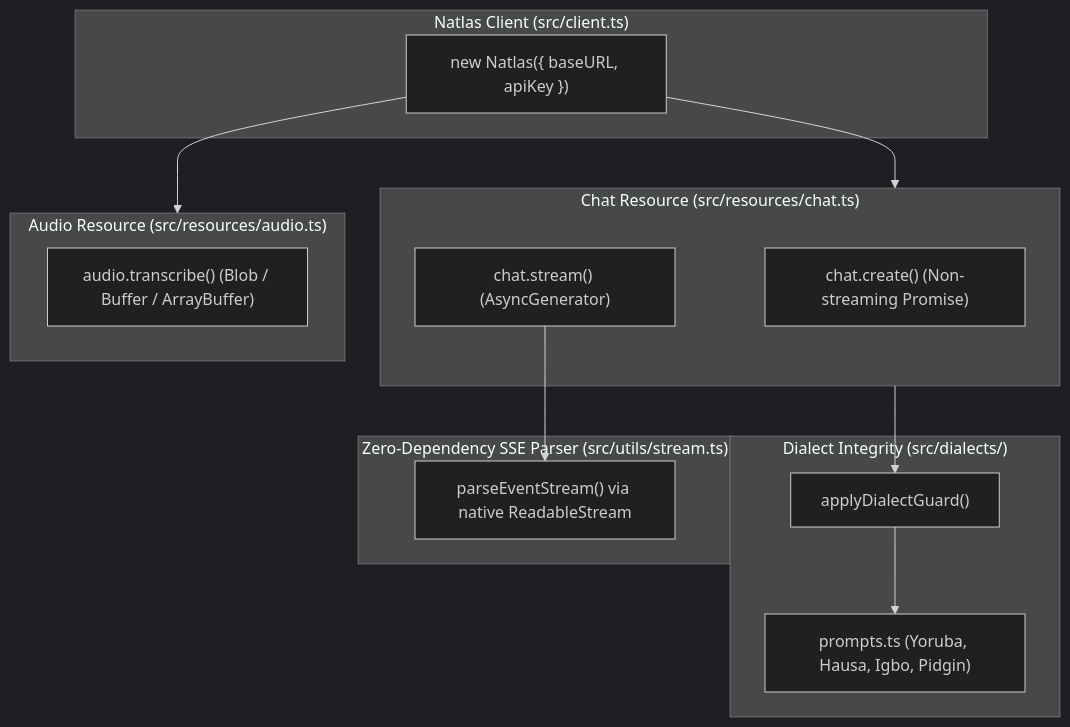
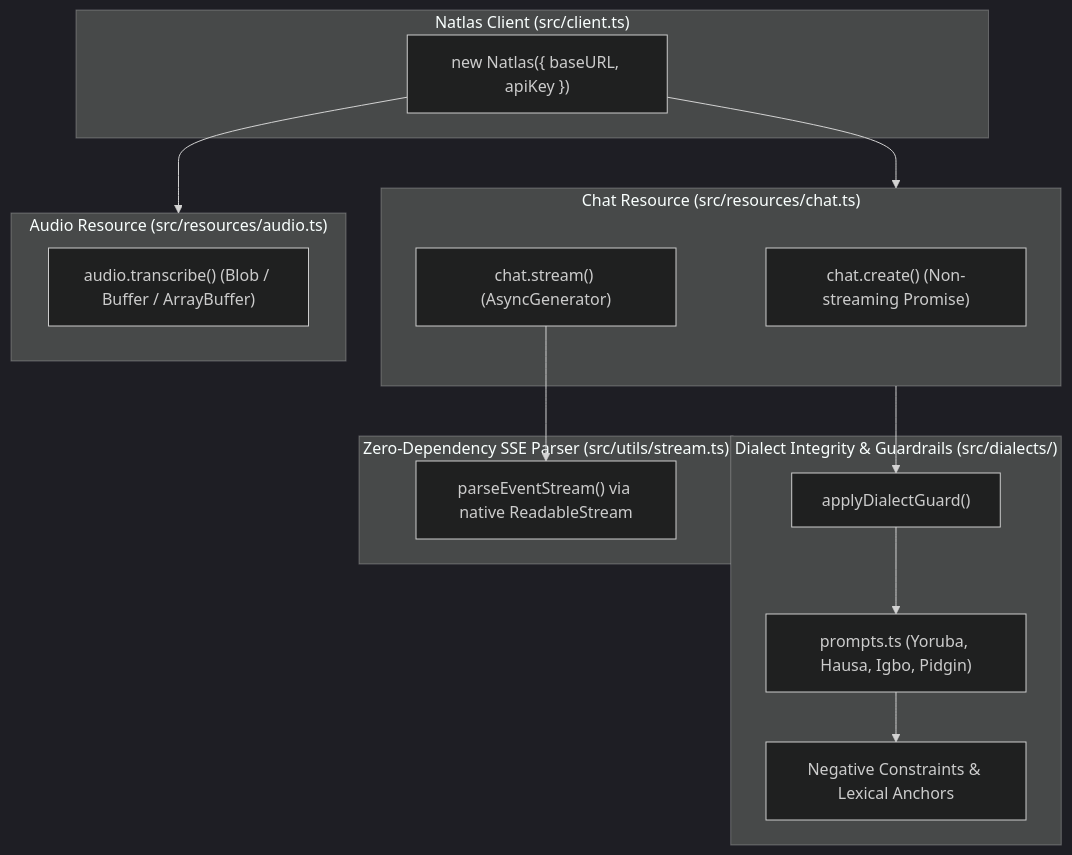
One commit to Beetroit/natlas-typescript changed the diagram in README.md. Above: the diagram before and after it, drawn with Mermaid (dark theme). The commit also changed other lines of this file, not shown here.

First line of the commit message:
docs(readme): document anti-drift guardrails and wire protocol forwarding

````diff
--- a/README.md
+++ b/README.md
@@ -15,30 +15,32 @@
 ```mermaid
 flowchart TD
     subgraph ClientInstance ["Natlas Client (src/client.ts)"]
         Natlas["new Natlas({ baseURL, apiKey })"]
     end
 
     subgraph ChatResource ["Chat Resource (src/resources/chat.ts)"]
         Create["chat.create() (Non-streaming Promise)"]
         Stream["chat.stream() (AsyncGenerator)"]
     end
 
     subgraph AudioResource ["Audio Resource (src/resources/audio.ts)"]
         Transcribe["audio.transcribe() (Blob / Buffer / ArrayBuffer)"]
     end
 
-    subgraph DialectEngine ["Dialect Integrity (src/dialects/)"]
+    subgraph DialectEngine ["Dialect Integrity & Guardrails (src/dialects/)"]
         Guards["applyDialectGuard()"]
         Prompts["prompts.ts (Yoruba, Hausa, Igbo, Pidgin)"]
+        DriftGuard["Negative Constraints & Lexical Anchors"]
+        Guards --> Prompts
+        Prompts --> DriftGuard
     end
 
     subgraph WebStreamsParser ["Zero-Dependency SSE Parser (src/utils/stream.ts)"]
         Parser["parseEventStream() via native ReadableStream"]
     end
 
     Natlas --> ChatResource
     Natlas --> AudioResource
     ChatResource --> Guards
-    Guards --> Prompts
     Stream --> Parser
 ```
````
